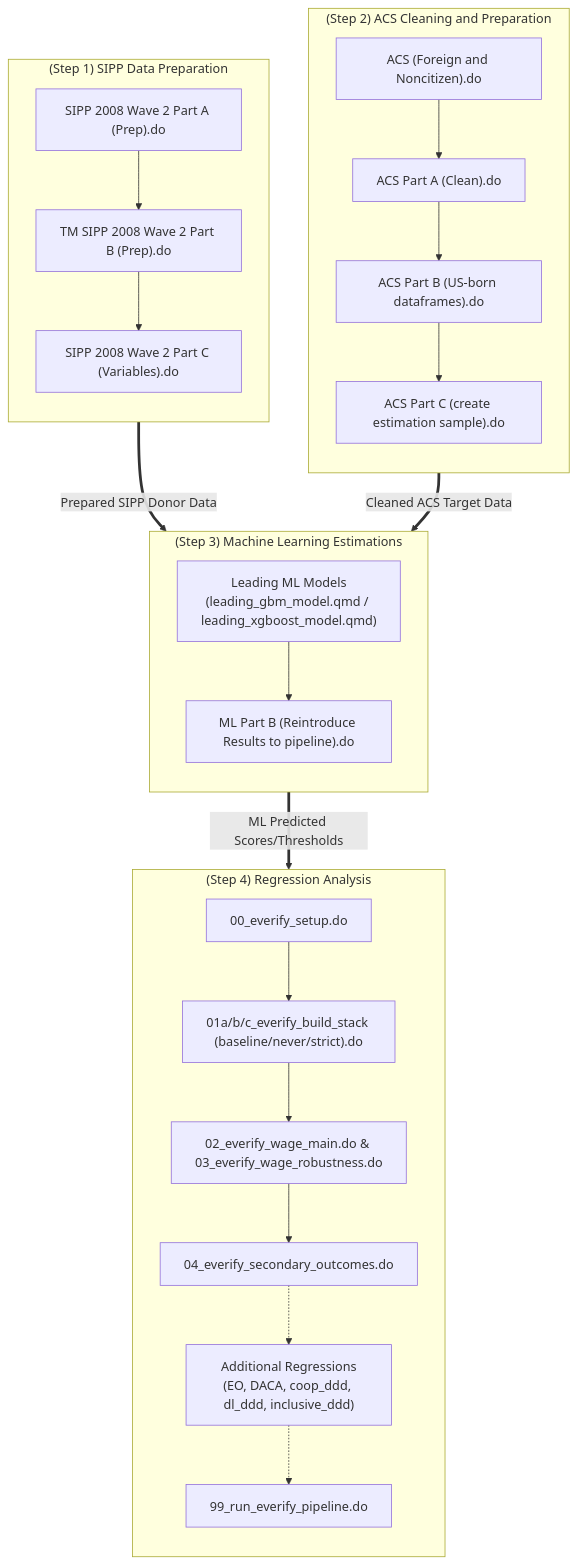
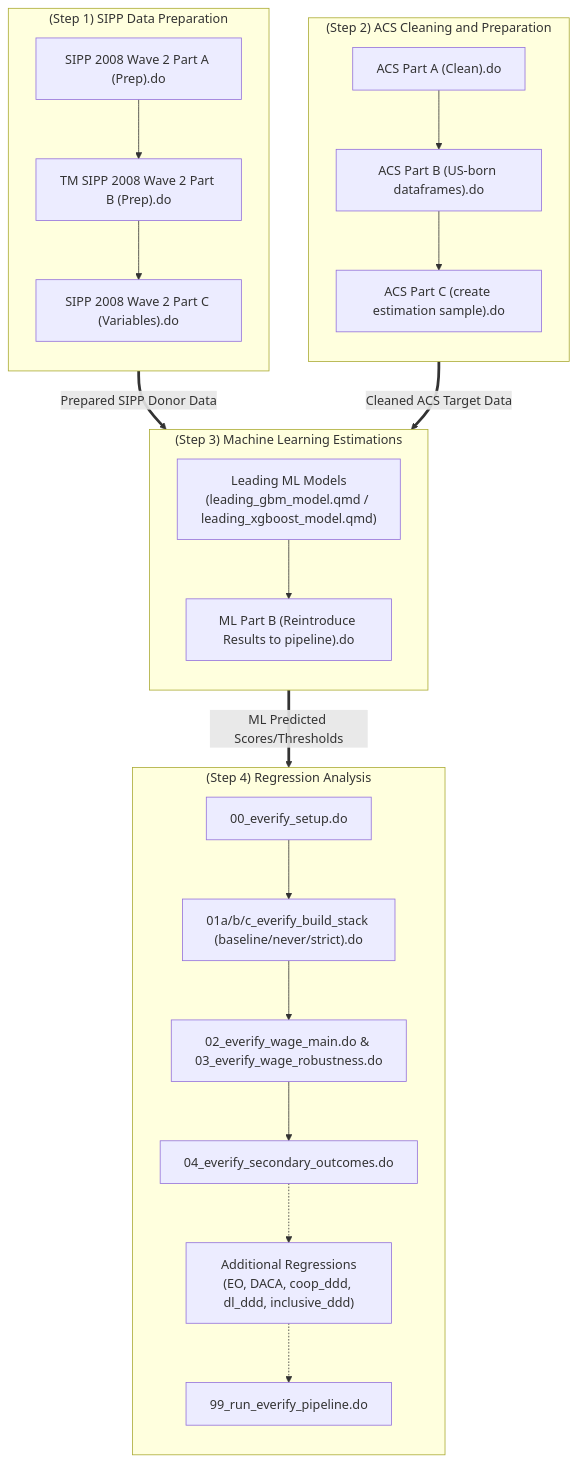
Before and after one commit to Newtrino0/Undocu_Mismatch_Wage_Research_2024: the diagram in README.md, drawn with Mermaid.

````diff
--- a/README.md
+++ b/README.md
@@ -3,62 +3,60 @@
 ```mermaid
 graph TD
     %% Define Global Styles
     classDef step1 fill:#e3f2fd,stroke:#1e88e5,stroke-width:2px;
     classDef step2 fill:#f3e5f5,stroke:#8e24aa,stroke-width:2px;
     classDef step3 fill:#e8f5e9,stroke:#43a047,stroke-width:2px;
     classDef step4 fill:#fff3e0,stroke:#fb8c00,stroke-width:2px;
 
     %% Step 1: SIPP Data Preparation
     subgraph Step1 ["(Step 1) SIPP Data Preparation"]
         direction TB
         1A["SIPP 2008 Wave 2 Part A (Prep).do"]
         1B["TM SIPP 2008 Wave 2 Part B (Prep).do"]
         1C["SIPP 2008 Wave 2 Part C (Variables).do"]
         1A --> 1B --> 1C
     end
     class Step1 step1;
 
     %% Step 2: ACS Cleaning and Preparation
     subgraph Step2 ["(Step 2) ACS Cleaning and Preparation"]
         direction TB
-        2Foreign["ACS (Foreign and Noncitizen).do"]
         2A["ACS Part A (Clean).do"]
         2B["ACS Part B (US-born dataframes).do"]
         2C["ACS Part C (create estimation sample).do"]
         
-        2Foreign --> 2A
         2A --> 2B --> 2C
     end
     class Step2 step2;
 
     %% Step 3: Machine Learning Estimations
     subgraph Step3 ["(Step 3) Machine Learning Estimations"]
         direction TB
         3Models["Leading ML Models<br/>(leading_gbm_model.qmd / leading_xgboost_model.qmd)"]
         3Reintro["ML Part B (Reintroduce Results to pipeline).do"]
         
         3Models --> 3Reintro
     end
     class Step3 step3;
 
     %% Step 4: Regression Analysis
     subgraph Step4 ["(Step 4) Regression Analysis"]
         direction TB
         4Setup["00_everify_setup.do"]
         4Build["01a/b/c_everify_build_stack (baseline/never/strict).do"]
         4Wage["02_everify_wage_main.do & 03_everify_wage_robustness.do"]
         4Secondary["04_everify_secondary_outcomes.do"]
         4Runner["99_run_everify_pipeline.do"]
         4Misc["Additional Regressions<br/>(EO, DACA, coop_ddd, dl_ddd, inclusive_ddd)"]
         
         4Setup --> 4Build --> 4Wage --> 4Secondary
         4Secondary -.-> 4Misc
         4Misc -.-> 4Runner
     end
     class Step4 step4;
 
     %% Pipeline Connections
     Step1 ==>|Prepared SIPP Donor Data| Step3
     Step2 ==>|Cleaned ACS Target Data| Step3
     Step3 ==>|ML Predicted Scores/Thresholds| Step4
 ```
````
